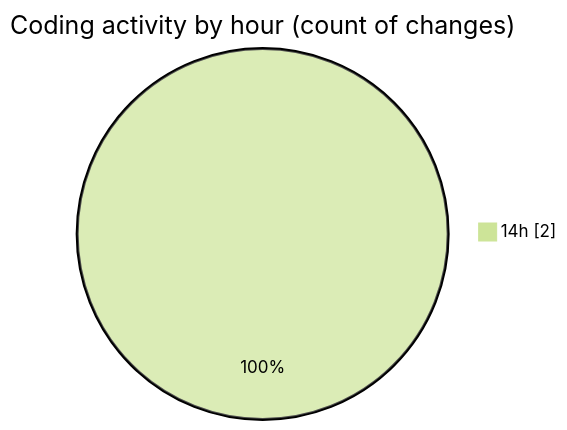
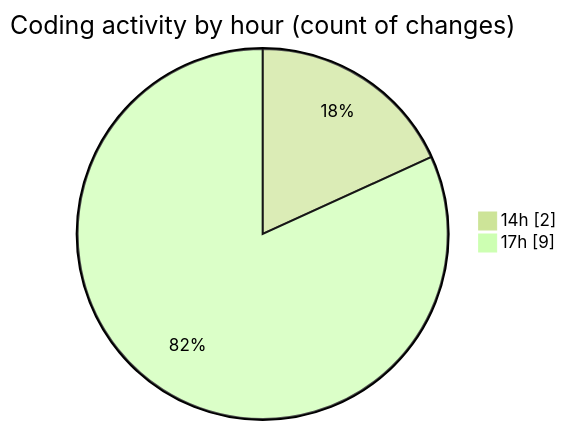
Before and after one commit to momahboobian/code-tracking: the second of 2 diagrams in 2025-01-25/pdf-analysis-app/README.md, drawn with Mermaid (forest theme). The commit also changed other lines of this file and 1 other file, not shown here.

````diff
--- a/2025-01-25/pdf-analysis-app/README.md
+++ b/2025-01-25/pdf-analysis-app/README.md
@@ -29,5 +31,6 @@
 ```mermaid
 pie showData
 title Coding activity by hour (count of changes)
 "14h" : 2
+"17h" : 9
 ```
````
